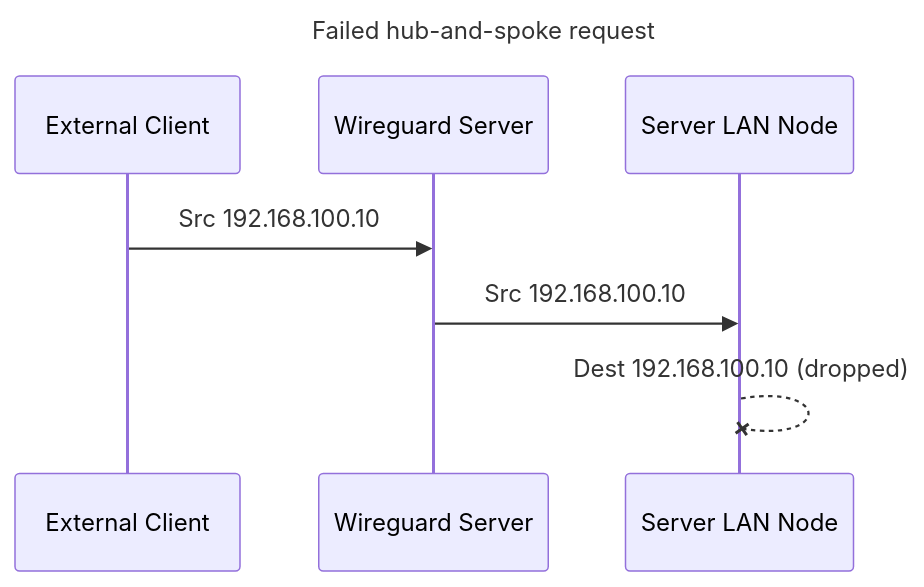
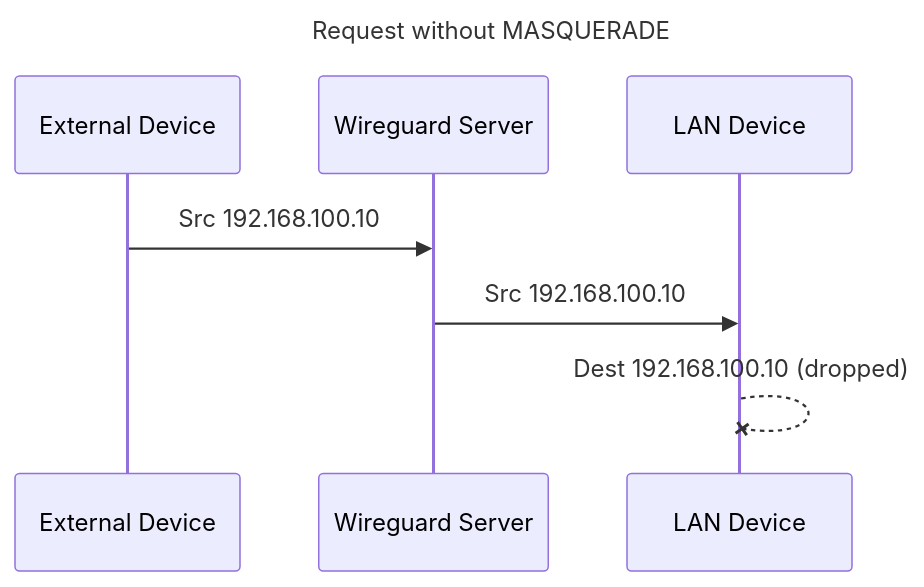
Before and after one commit to j-krl/blog: the fourth of 5 diagrams in _posts/2026-05-08-hub-and-spoke-architecture.md, drawn with Mermaid. The commit also changed other lines of this file and 1 other file, not shown here.

Commit message:
fixed a lot of diagrams

```diff
--- a/_posts/2026-05-08-hub-and-spoke-architecture.md
+++ b/_posts/2026-05-08-hub-and-spoke-architecture.md
@@ -122,12 +116,12 @@
 <pre class="mermaid" style="text-align: center;">
 ---
-title: Failed hub-and-spoke request
+title: Request without MASQUERADE
 ---
 sequenceDiagram
-    participant EC as External Client
+    participant EC as External Device
     participant WS as Wireguard Server
-    participant N1 as Server LAN Node
+    participant N1 as LAN Device
     EC->>WS: Src 192.168.100.10
     WS->>N1: Src 192.168.100.10
     N1--xN1: Dest 192.168.100.10 (dropped)
 </pre>
```
